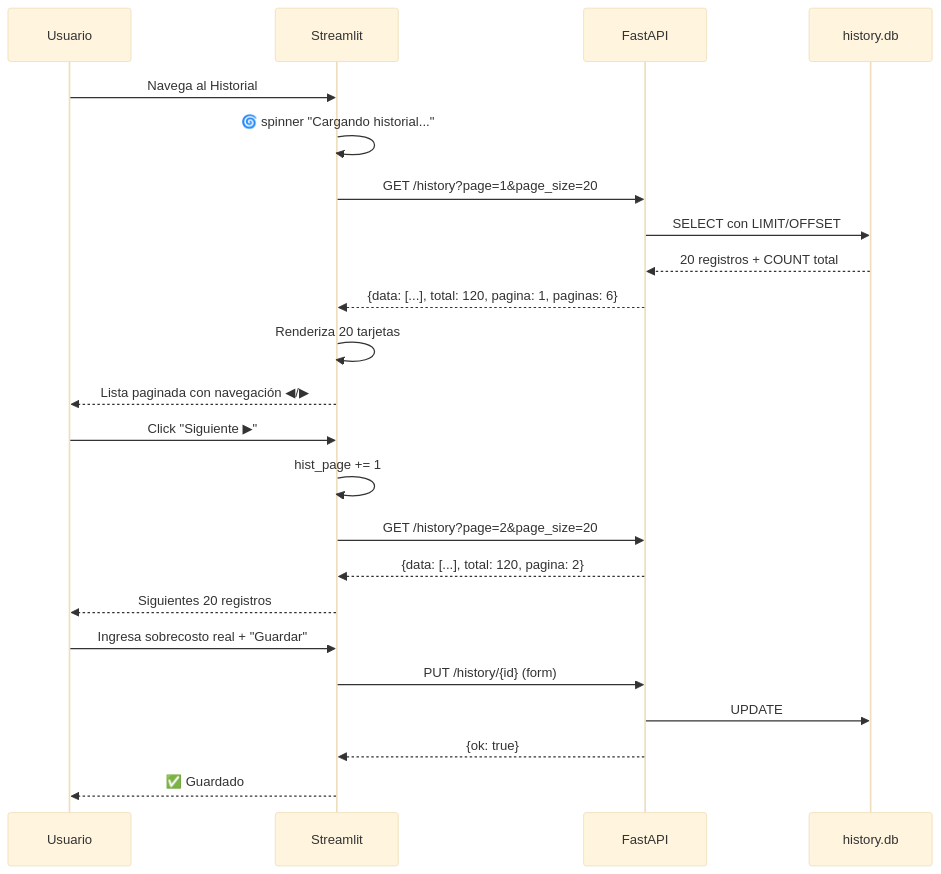
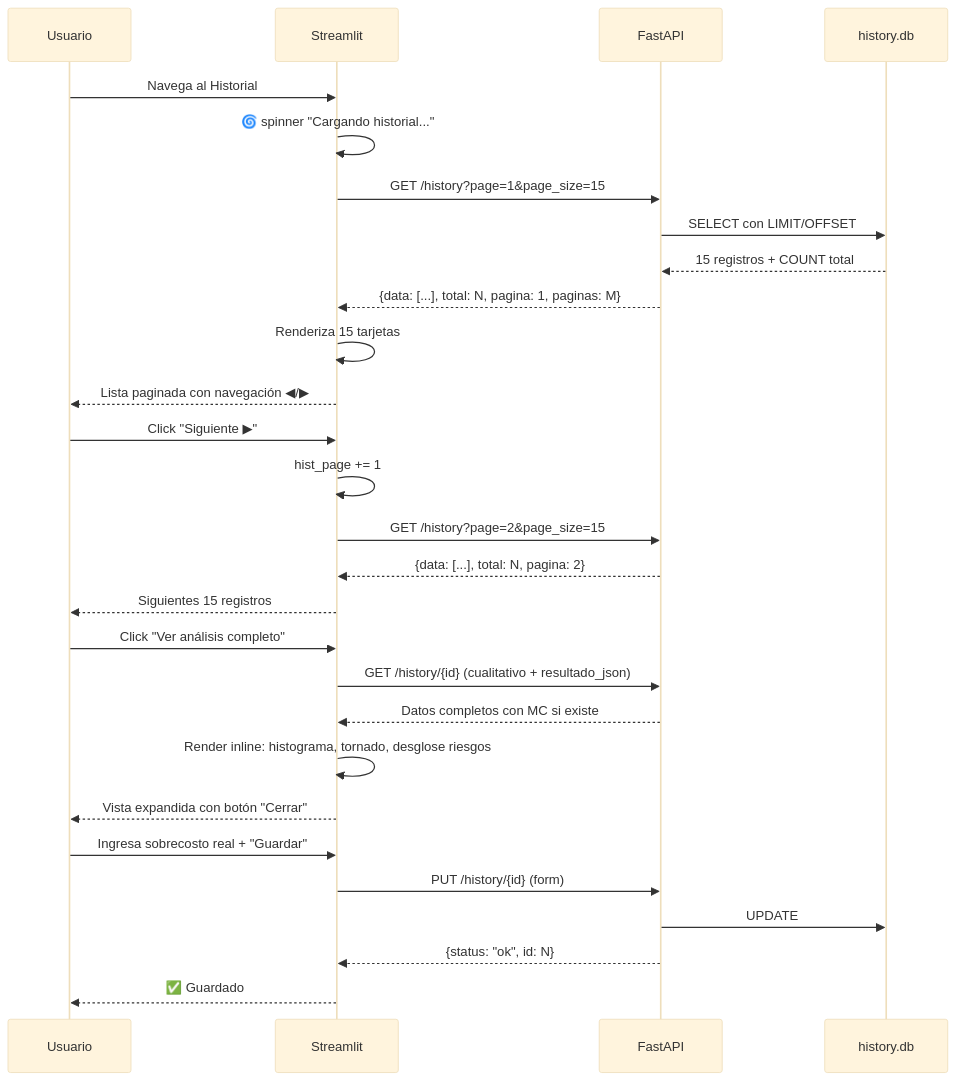
Before and after one commit to sanan1297/risk_project: the fourth of 7 diagrams in docs/proceso.md, drawn with Mermaid (base theme). The commit also changed other lines of this file and 8 other files, not shown here.

````diff
--- a/docs/proceso.md
+++ b/docs/proceso.md
@@ -407,28 +412,34 @@
 ```mermaid
 sequenceDiagram
     participant U as Usuario
     participant F as Streamlit
     participant B as FastAPI
     participant DB as history.db
 
     U->>F: Navega al Historial
     F->>F: 🌀 spinner "Cargando historial..."
-    F->>B: GET /history?page=1&page_size=20
+    F->>B: GET /history?page=1&page_size=15
     B->>DB: SELECT con LIMIT/OFFSET
-    DB-->>B: 20 registros + COUNT total
-    B-->>F: {data: [...], total: 120, pagina: 1, paginas: 6}
-    F->>F: Renderiza 20 tarjetas
+    DB-->>B: 15 registros + COUNT total
+    B-->>F: {data: [...], total: N, pagina: 1, paginas: M}
+    F->>F: Renderiza 15 tarjetas
     F-->>U: Lista paginada con navegación ◀/▶
     
     U->>F: Click "Siguiente ▶"
     F->>F: hist_page += 1
-    F->>B: GET /history?page=2&page_size=20
-    B-->>F: {data: [...], total: 120, pagina: 2}
-    F-->>U: Siguientes 20 registros
+    F->>B: GET /history?page=2&page_size=15
+    B-->>F: {data: [...], total: N, pagina: 2}
+    F-->>U: Siguientes 15 registros
+
+    U->>F: Click "Ver análisis completo"
+    F->>B: GET /history/{id} (cualitativo + resultado_json)
+    B-->>F: Datos completos con MC si existe
+    F->>F: Render inline: histograma, tornado, desglose riesgos
+    F-->>U: Vista expandida con botón "Cerrar"
     
     U->>F: Ingresa sobrecosto real + "Guardar"
     F->>B: PUT /history/{id} (form)
     B->>DB: UPDATE
-    B-->>F: {ok: true}
+    B-->>F: {status: "ok", id: N}
     F-->>U: ✅ Guardado
 ```
````
